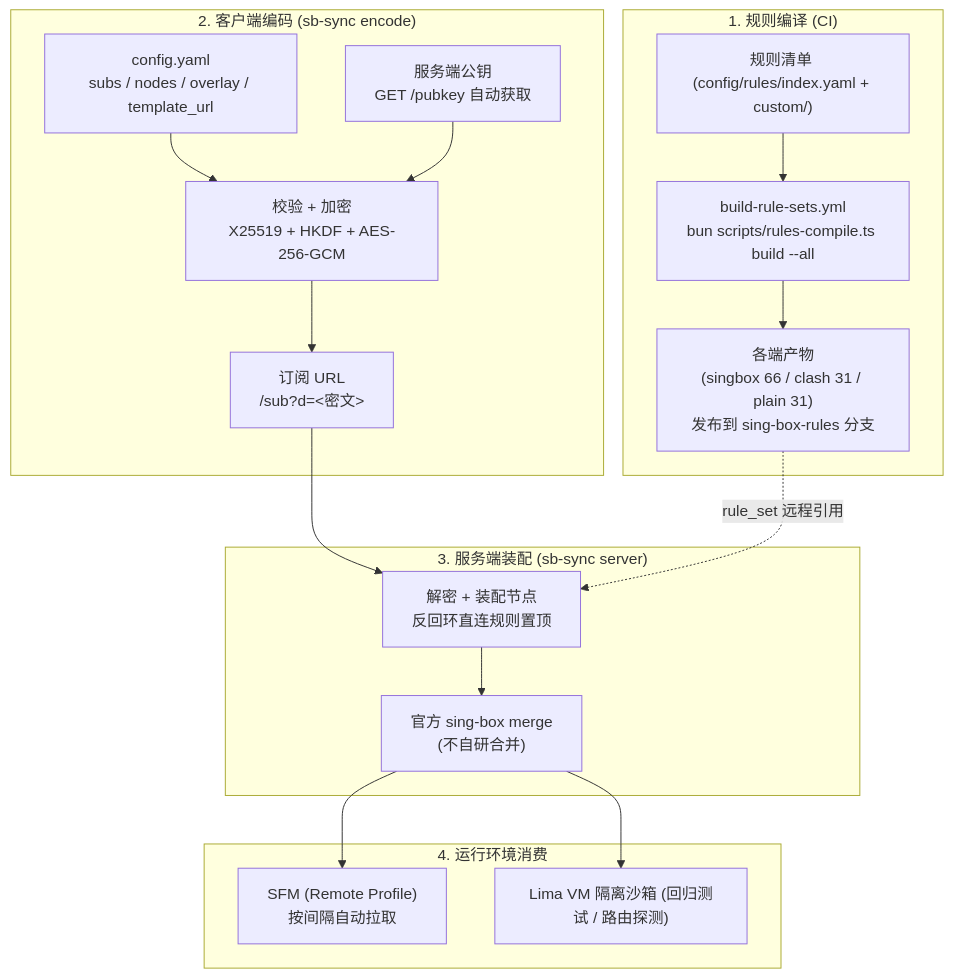
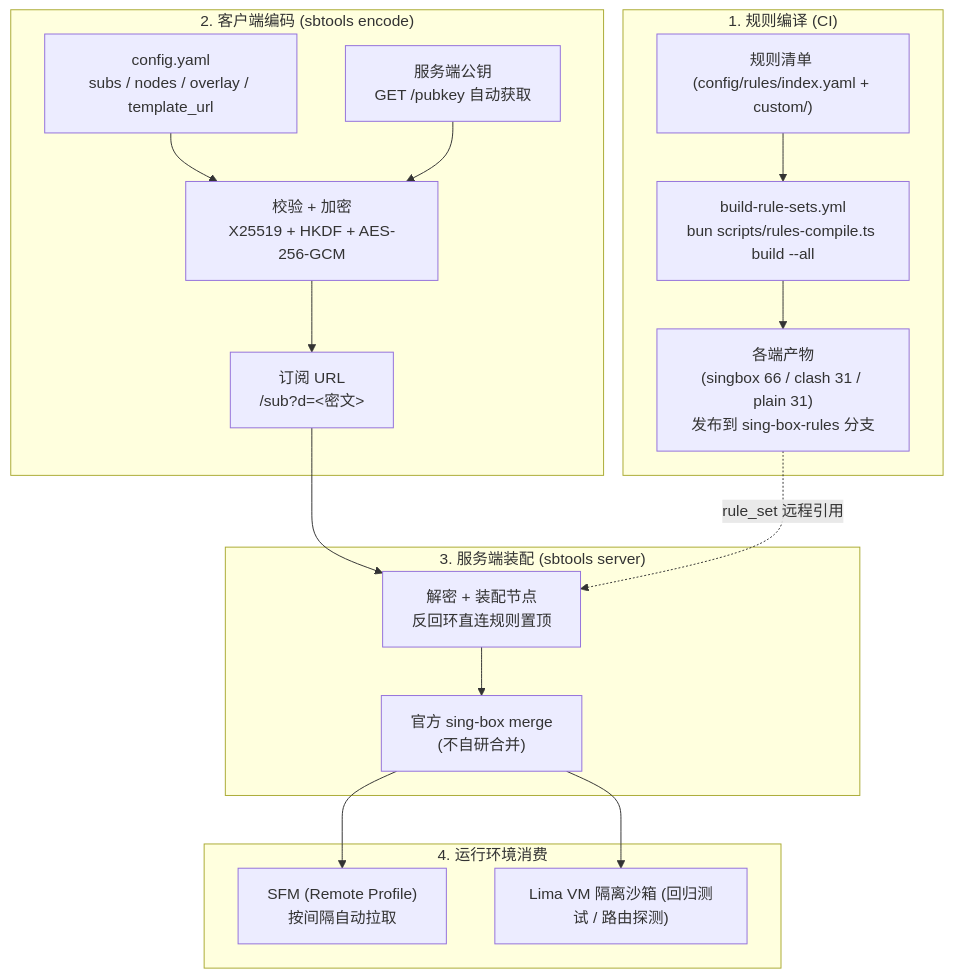
Before and after one commit to shelken/proxy: the first of 3 diagrams in docs/ARCH.md, drawn with Mermaid. The commit also changed other lines of this file and 8 other files, not shown here.

````diff
--- a/docs/ARCH.md
+++ b/docs/ARCH.md
@@ -24,24 +24,24 @@
 ```mermaid
 flowchart TD
     subgraph S1 ["1. 规则编译 (CI)"]
         R_SRC["规则清单 (config/rules/index.yaml + custom/)"] --> GHA["build-rule-sets.yml\nbun scripts/rules-compile.ts build --all"]
         GHA --> R_BIN["各端产物\n(singbox 66 / clash 31 / plain 31)\n发布到 sing-box-rules 分支"]
     end
 
-    subgraph S2 ["2. 客户端编码 (sb-sync encode)"]
+    subgraph S2 ["2. 客户端编码 (sbtools encode)"]
         YAML["config.yaml\nsubs / nodes / overlay / template_url"] --> ENC["校验 + 加密\nX25519 + HKDF + AES-256-GCM"]
         PK["服务端公钥\nGET /pubkey 自动获取"] --> ENC
         ENC --> URL["订阅 URL\n/sub?d=&lt;密文&gt;"]
     end
 
-    subgraph S3 ["3. 服务端装配 (sb-sync server)"]
+    subgraph S3 ["3. 服务端装配 (sbtools server)"]
         URL --> SRV["解密 + 装配节点\n反回环直连规则置顶"]
         SRV --> MG["官方 sing-box merge\n(不自研合并)"]
         R_BIN -.->|rule_set 远程引用| SRV
     end
 
     subgraph S4 ["4. 运行环境消费"]
         MG --> SFM["SFM (Remote Profile)\n按间隔自动拉取"]
         MG --> SANDBOX["Lima VM 隔离沙箱 (回归测试 / 路由探测)"]
     end
 ```
````
